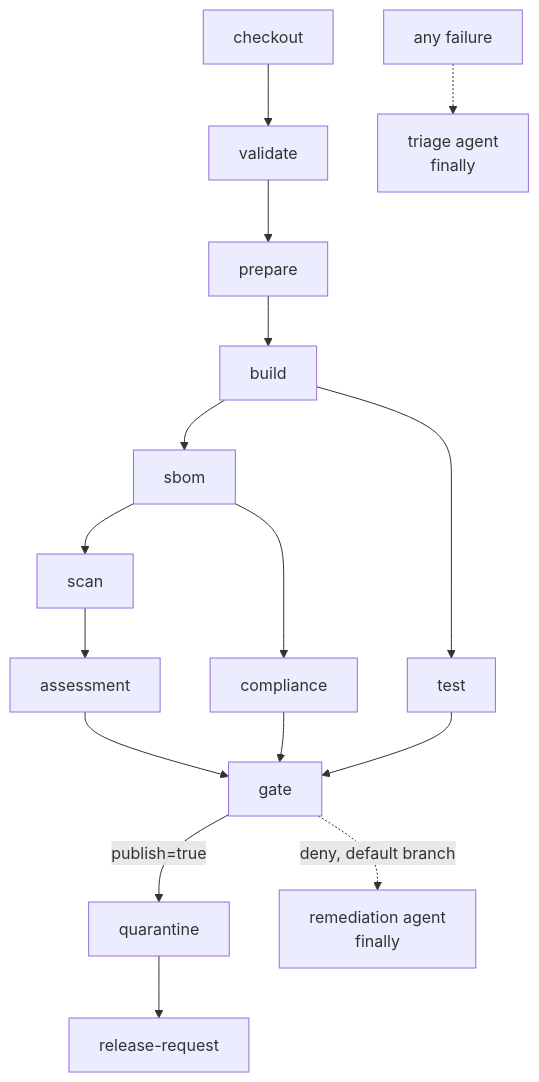
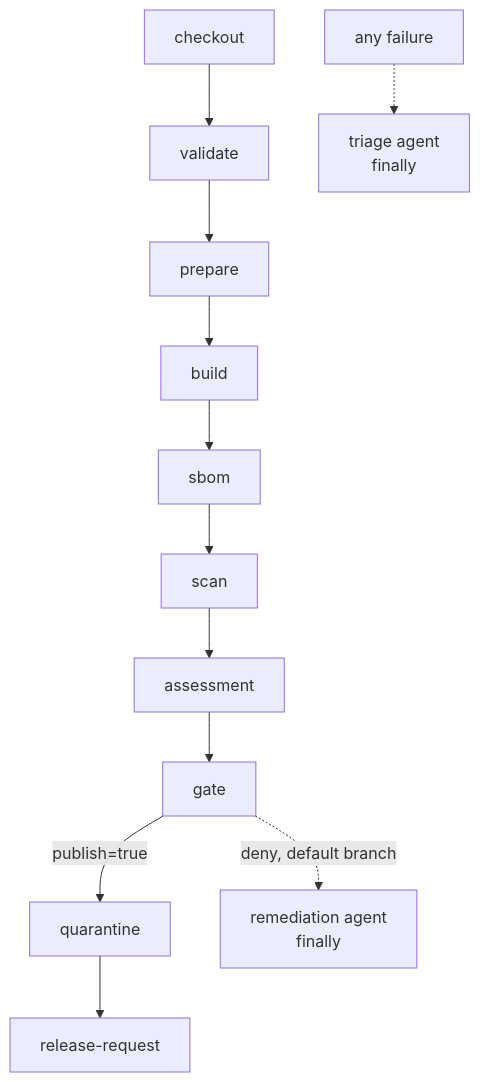
Before and after one commit to shamuraix/image-hardening-factory-starter: the first of 4 diagrams in docs/architecture.md, drawn with Mermaid. The commit also changed other lines of this file and 122 other files, not shown here.

````diff
--- a/docs/architecture.md
+++ b/docs/architecture.md
@@ -63,13 +63,9 @@
 ```mermaid
 flowchart TD
     checkout --> validate --> prepare --> build
     build --> sbom --> scan --> assessment
-    build --> test
-    sbom --> compliance
     assessment --> gate
-    compliance --> gate
-    test --> gate
     gate -->|publish=true| quarantine --> release-request
     gate -. deny, default branch .-> remediation[remediation agent<br/>finally]
     any[any failure] -.-> triage[triage agent<br/>finally]
 ```
````
